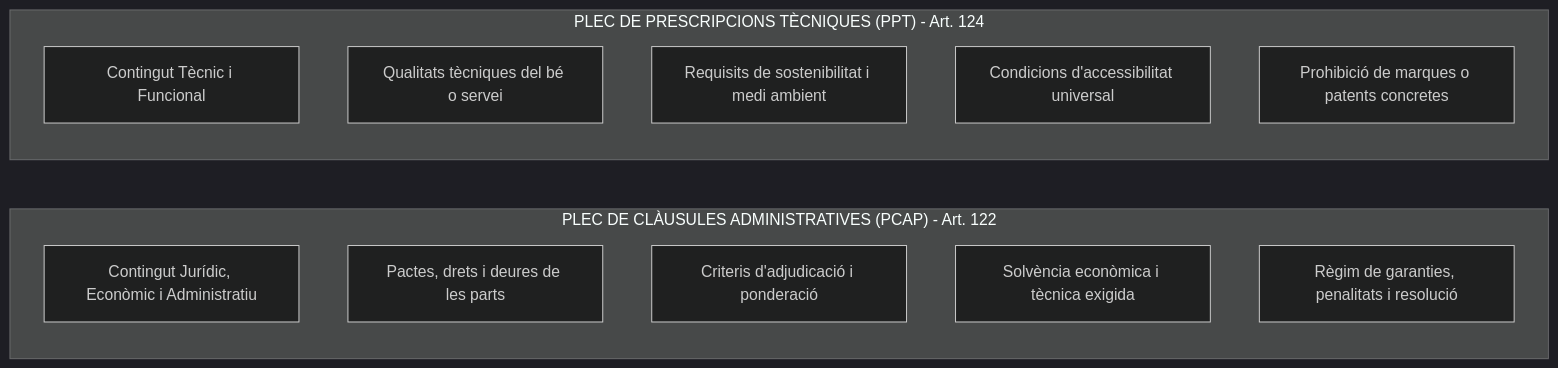
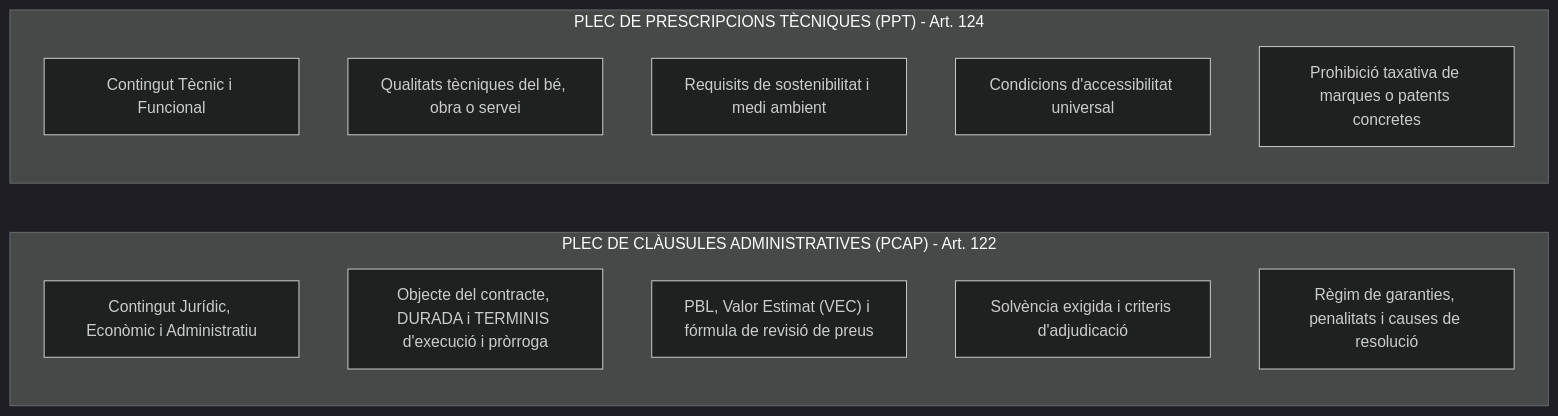
The third of 8 diagrams in part_general/15_preparacio_contractes_expedient_plecs.md (oriolmapu/opo), drawn with Mermaid (dark theme) before and after one commit. The commit also changed other lines of this file, not shown here.

Commit message:
docs(tema-15): afegir descripció exhaustiva dels terminis per tipus de contracte segons la LCSP

````diff
--- a/part_general/15_preparacio_contractes_expedient_plecs.md
+++ b/part_general/15_preparacio_contractes_expedient_plecs.md
@@ -89,18 +91,18 @@
 ```mermaid
 graph LR
     subgraph PCAP_BOX["PLEC DE CLÀUSULES ADMINISTRATIVES (PCAP) - Art. 122"]
         P1["Contingut Jurídic, Econòmic i Administratiu"]
-        P2["Pactes, drets i deures de les parts"]
-        P3["Criteris d'adjudicació i ponderació"]
-        P4["Solvència econòmica i tècnica exigida"]
-        P5["Règim de garanties, penalitats i resolució"]
+        P2["Objecte del contracte, DURADA i TERMINIS d'execució i pròrroga"]
+        P3["PBL, Valor Estimat (VEC) i fórmula de revisió de preus"]
+        P4["Solvència exigida i criteris d'adjudicació"]
+        P5["Règim de garanties, penalitats i causes de resolució"]
     end
     
     subgraph PPT_BOX["PLEC DE PRESCRIPCIONS TÈCNIQUES (PPT) - Art. 124"]
         T1["Contingut Tècnic i Funcional"]
-        T2["Qualitats tècniques del bé o servei"]
+        T2["Qualitats tècniques del bé, obra o servei"]
         T3["Requisits de sostenibilitat i medi ambient"]
         T4["Condicions d'accessibilitat universal"]
-        T5["Prohibició de marques o patents concretes"]
+        T5["Prohibició taxativa de marques o patents concretes"]
     end
 ```
````
